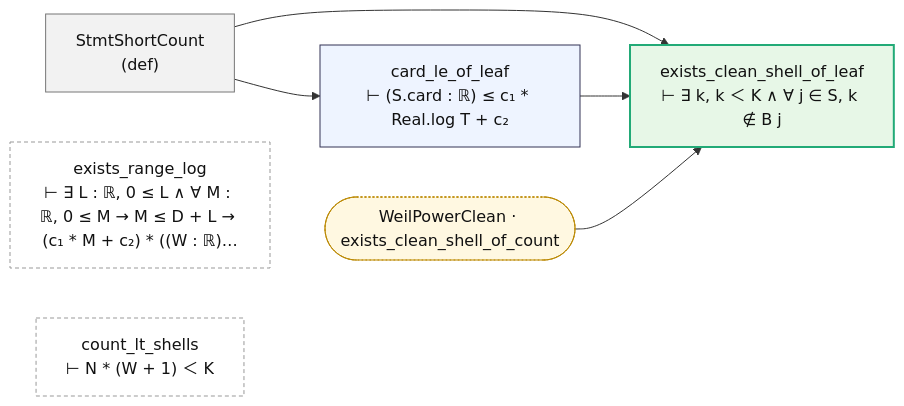
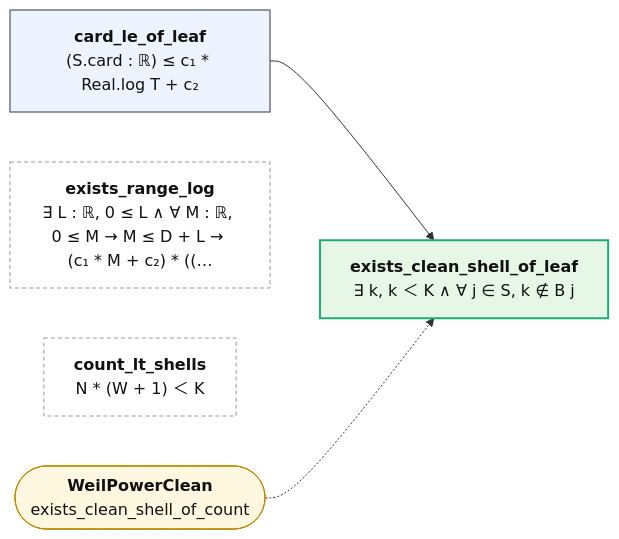
The diagram in map/lean_stage3/WeilPowerCount.md (juliansambranojr/Primebeat_081426), drawn with Mermaid before and after one commit. The commit also changed other lines of this file and 387 other files, not shown here.

````diff
--- a/map/lean_stage3/WeilPowerCount.md
+++ b/map/lean_stage3/WeilPowerCount.md
@@ -8,19 +12,15 @@
 ```mermaid
 flowchart LR
-  n0["StmtShortCount<br/>(def)"]:::dfn
-  n1["card_le_of_leaf<br/>⊢ (S.card : ℝ) ≤ c₁ * Real.log T + c₂"]:::thm
-  n2["exists_range_log<br/>⊢ ∃ L : ℝ, 0 ≤ L ∧ ∀ M : ℝ, 0 ≤ M → M ≤ D + L → (c₁ * M + c₂) * ((W : ℝ)…"]:::lone
-  n3["count_lt_shells<br/>⊢ N * (W + 1) ＜ K"]:::lone
-  n4["exists_clean_shell_of_leaf<br/>⊢ ∃ k, k ＜ K ∧ ∀ j ∈ S, k ∉ B j"]:::end_
-  x0(["WeilPowerClean · exists_clean_shell_of_count"]):::ext
-  n0 --> n1
-  n0 --> n4
-  n1 --> n4
-  x0 --> n4
+  n0["<b>card_le_of_leaf</b><br/>(S.card : ℝ) ≤ c₁ * Real.log T + c₂"]:::thm
+  n1["<b>exists_range_log</b><br/>∃ L : ℝ, 0 ≤ L ∧ ∀ M : ℝ, 0 ≤ M → M ≤ D + L → (c₁ * M + c₂) * ((…"]:::lone
+  n2["<b>count_lt_shells</b><br/>N * (W + 1) ＜ K"]:::lone
+  n3["<b>exists_clean_shell_of_leaf</b><br/>∃ k, k ＜ K ∧ ∀ j ∈ S, k ∉ B j"]:::end_
+  x0(["<b>WeilPowerClean</b><br/>exists_clean_shell_of_count"]):::ext
+  n0 --> n3
+  x0 -.-> n3
   classDef thm fill:#eef4ff,stroke:#335,color:#111
-  classDef dfn fill:#f2f2f2,stroke:#777,color:#111
   classDef end_ fill:#e7f7e7,stroke:#2a7,color:#111,stroke-width:2px
   classDef lone fill:#fff,stroke:#999,color:#111,stroke-dasharray:4 3
   classDef bad fill:#ffe5e5,stroke:#c22,color:#111,stroke-width:2px
-  classDef ext fill:#fff8e1,stroke:#b80,color:#111,stroke-dasharray:2 2
+  classDef ext fill:#fff8e1,stroke:#b80,color:#111
 ```
````
